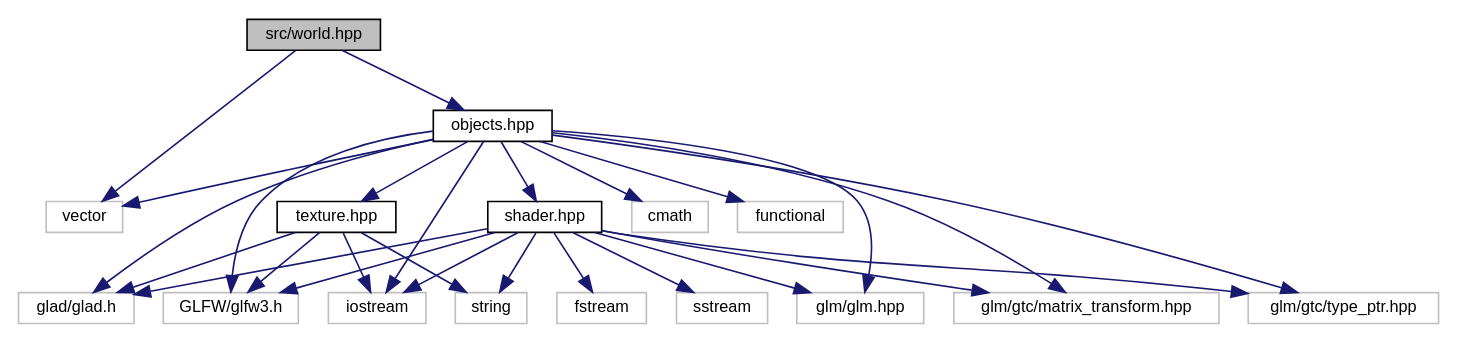
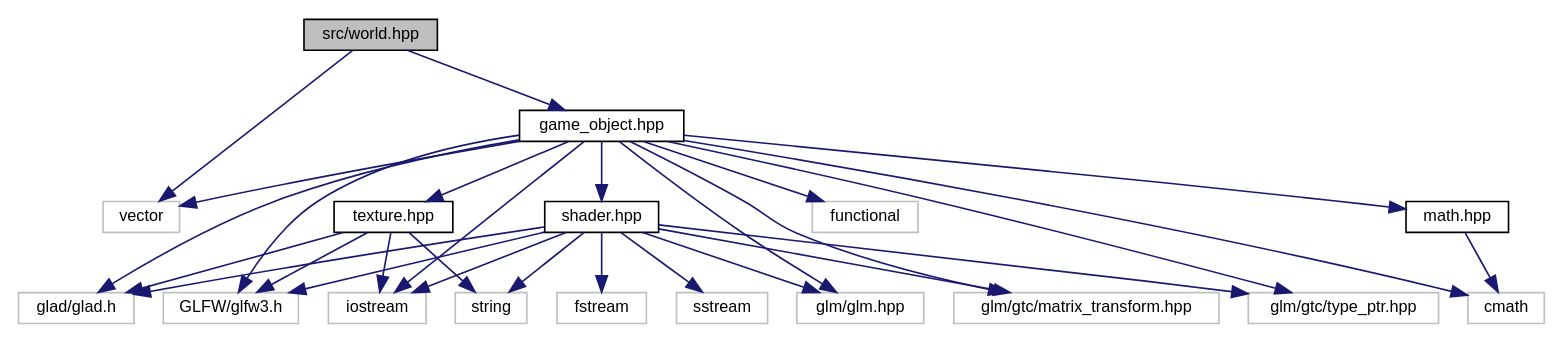
The diagram in world_8hpp__incl.dot (noah1510/redhand), drawn with Graphviz before and after one commit. The commit also changed 255 other files, not shown here.

```diff
--- a/world_8hpp__incl.dot
+++ b/world_8hpp__incl.dot
@@ -1,47 +1,50 @@
 digraph "src/world.hpp"
 {
   edge [fontname="Helvetica",fontsize="10",labelfontname="Helvetica",labelfontsize="10"];
   node [fontname="Helvetica",fontsize="10",shape=record];
   Node0 [label="src/world.hpp",height=0.2,width=0.4,color="black", fillcolor="grey75", style="filled", fontcolor="black"];
   Node0 -> Node1 [color="midnightblue",fontsize="10",style="solid",fontname="Helvetica"];
   Node1 [label="vector",height=0.2,width=0.4,color="grey75", fillcolor="white", style="filled"];
   Node0 -> Node2 [color="midnightblue",fontsize="10",style="solid",fontname="Helvetica"];
-  Node2 [label="objects.hpp",height=0.2,width=0.4,color="black", fillcolor="white", style="filled",URL="$objects_8hpp.html"];
+  Node2 [label="game_object.hpp",height=0.2,width=0.4,color="black", fillcolor="white", style="filled",URL="$game__object_8hpp.html"];
   Node2 -> Node3 [color="midnightblue",fontsize="10",style="solid",fontname="Helvetica"];
   Node3 [label="shader.hpp",height=0.2,width=0.4,color="black", fillcolor="white", style="filled",URL="$shader_8hpp.html"];
   Node3 -> Node4 [color="midnightblue",fontsize="10",style="solid",fontname="Helvetica"];
   Node4 [label="glad/glad.h",height=0.2,width=0.4,color="grey75", fillcolor="white", style="filled"];
   Node3 -> Node5 [color="midnightblue",fontsize="10",style="solid",fontname="Helvetica"];
   Node5 [label="GLFW/glfw3.h",height=0.2,width=0.4,color="grey75", fillcolor="white", style="filled"];
   Node3 -> Node6 [color="midnightblue",fontsize="10",style="solid",fontname="Helvetica"];
   Node6 [label="glm/glm.hpp",height=0.2,width=0.4,color="grey75", fillcolor="white", style="filled"];
   Node3 -> Node7 [color="midnightblue",fontsize="10",style="solid",fontname="Helvetica"];
   Node7 [label="glm/gtc/matrix_transform.hpp",height=0.2,width=0.4,color="grey75", fillcolor="white", style="filled"];
   Node3 -> Node8 [color="midnightblue",fontsize="10",style="solid",fontname="Helvetica"];
   Node8 [label="glm/gtc/type_ptr.hpp",height=0.2,width=0.4,color="grey75", fillcolor="white", style="filled"];
   Node3 -> Node9 [color="midnightblue",fontsize="10",style="solid",fontname="Helvetica"];
   Node9 [label="string",height=0.2,width=0.4,color="grey75", fillcolor="white", style="filled"];
   Node3 -> Node10 [color="midnightblue",fontsize="10",style="solid",fontname="Helvetica"];
   Node10 [label="fstream",height=0.2,width=0.4,color="grey75", fillcolor="white", style="filled"];
   Node3 -> Node11 [color="midnightblue",fontsize="10",style="solid",fontname="Helvetica"];
   Node11 [label="sstream",height=0.2,width=0.4,color="grey75", fillcolor="white", style="filled"];
   Node3 -> Node12 [color="midnightblue",fontsize="10",style="solid",fontname="Helvetica"];
   Node12 [label="iostream",height=0.2,width=0.4,color="grey75", fillcolor="white", style="filled"];
   Node2 -> Node13 [color="midnightblue",fontsize="10",style="solid",fontname="Helvetica"];
   Node13 [label="texture.hpp",height=0.2,width=0.4,color="black", fillcolor="white", style="filled",URL="$texture_8hpp.html"];
   Node13 -> Node9 [color="midnightblue",fontsize="10",style="solid",fontname="Helvetica"];
   Node13 -> Node4 [color="midnightblue",fontsize="10",style="solid",fontname="Helvetica"];
   Node13 -> Node5 [color="midnightblue",fontsize="10",style="solid",fontname="Helvetica"];
   Node13 -> Node12 [color="midnightblue",fontsize="10",style="solid",fontname="Helvetica"];
   Node2 -> Node14 [color="midnightblue",fontsize="10",style="solid",fontname="Helvetica"];
-  Node14 [label="cmath",height=0.2,width=0.4,color="grey75", fillcolor="white", style="filled"];
+  Node14 [label="math.hpp",height=0.2,width=0.4,color="black", fillcolor="white", style="filled",URL="$math_8hpp.html"];
+  Node14 -> Node15 [color="midnightblue",fontsize="10",style="solid",fontname="Helvetica"];
+  Node15 [label="cmath",height=0.2,width=0.4,color="grey75", fillcolor="white", style="filled"];
+  Node2 -> Node15 [color="midnightblue",fontsize="10",style="solid",fontname="Helvetica"];
   Node2 -> Node12 [color="midnightblue",fontsize="10",style="solid",fontname="Helvetica"];
   Node2 -> Node1 [color="midnightblue",fontsize="10",style="solid",fontname="Helvetica"];
-  Node2 -> Node15 [color="midnightblue",fontsize="10",style="solid",fontname="Helvetica"];
-  Node15 [label="functional",height=0.2,width=0.4,color="grey75", fillcolor="white", style="filled"];
+  Node2 -> Node16 [color="midnightblue",fontsize="10",style="solid",fontname="Helvetica"];
+  Node16 [label="functional",height=0.2,width=0.4,color="grey75", fillcolor="white", style="filled"];
   Node2 -> Node6 [color="midnightblue",fontsize="10",style="solid",fontname="Helvetica"];
   Node2 -> Node7 [color="midnightblue",fontsize="10",style="solid",fontname="Helvetica"];
   Node2 -> Node8 [color="midnightblue",fontsize="10",style="solid",fontname="Helvetica"];
   Node2 -> Node4 [color="midnightblue",fontsize="10",style="solid",fontname="Helvetica"];
   Node2 -> Node5 [color="midnightblue",fontsize="10",style="solid",fontname="Helvetica"];
 }
```
